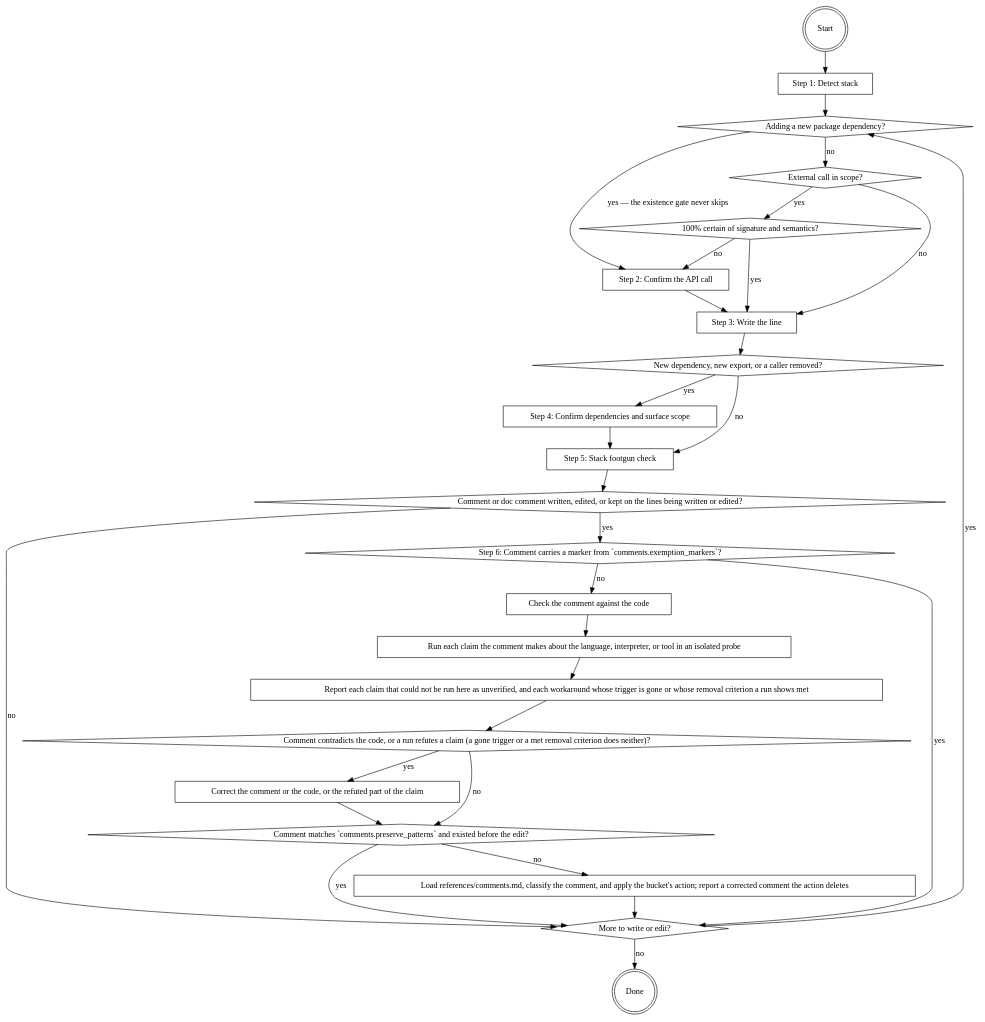
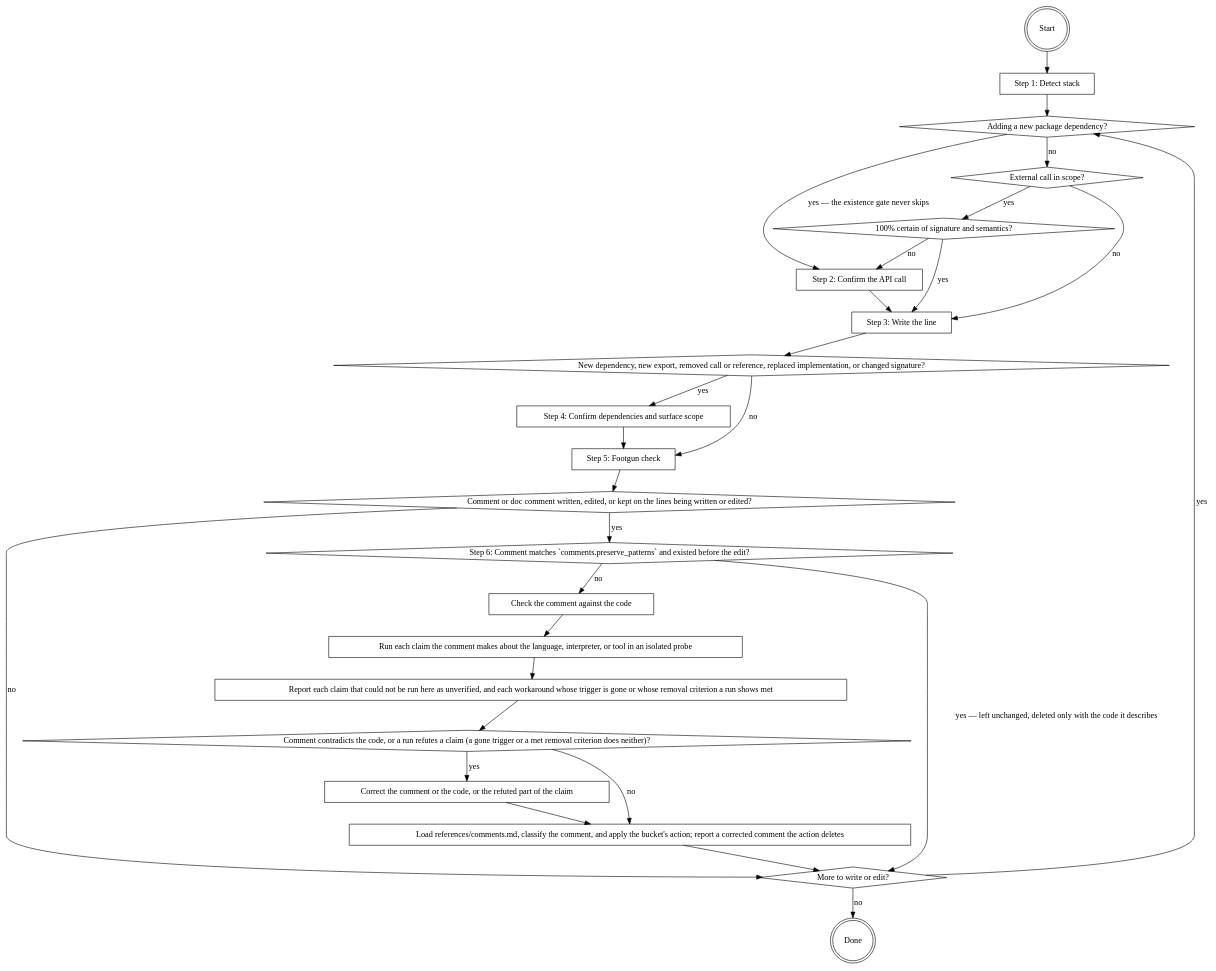
One commit to it-bens/ai-tools changed the diagram in plugins/software-writer/skills/writing-code/SKILL.md. Above: the diagram before and after it, drawn with Graphviz. The commit also changed other lines of this file and 42 other files, not shown here.

````diff
--- a/plugins/software-writer/skills/writing-code/SKILL.md
+++ b/plugins/software-writer/skills/writing-code/SKILL.md
@@ -20,54 +18,51 @@
 ```dot
 digraph writing_code {
     "Start" [shape=doublecircle];
     "Step 1: Detect stack" [shape=box];
     "Adding a new package dependency?" [shape=diamond];
     "External call in scope?" [shape=diamond];
     "100% certain of signature and semantics?" [shape=diamond];
     "Step 2: Confirm the API call" [shape=box];
     "Step 3: Write the line" [shape=box];
-    "New dependency, new export, or a caller removed?" [shape=diamond];
+    "New dependency, new export, removed call or reference, replaced implementation, or changed signature?" [shape=diamond];
     "Step 4: Confirm dependencies and surface scope" [shape=box];
-    "Step 5: Stack footgun check" [shape=box];
+    "Step 5: Footgun check" [shape=box];
     "Comment or doc comment written, edited, or kept on the lines being written or edited?" [shape=diamond];
-    "Step 6: Comment carries a marker from `comments.exemption_markers`?" [shape=diamond];
+    "Step 6: Comment matches `comments.preserve_patterns` and existed before the edit?" [shape=diamond];
     "Check the comment against the code" [shape=box];
     "Run each claim the comment makes about the language, interpreter, or tool in an isolated probe" [shape=box];
     "Report each claim that could not be run here as unverified, and each workaround whose trigger is gone or whose removal criterion a run shows met" [shape=box];
     "Comment contradicts the code, or a run refutes a claim (a gone trigger or a met removal criterion does neither)?" [shape=diamond];
     "Correct the comment or the code, or the refuted part of the claim" [shape=box];
-    "Comment matches `comments.preserve_patterns` and existed before the edit?" [shape=diamond];
     "Load references/comments.md, classify the comment, and apply the bucket's action; report a corrected comment the action deletes" [shape=box];
     "More to write or edit?" [shape=diamond];
     "Done" [shape=doublecircle];
 
     "Start" -> "Step 1: Detect stack" -> "Adding a new package dependency?";
     "Adding a new package dependency?" -> "Step 2: Confirm the API call" [label="yes — the existence gate never skips"];
     "Adding a new package dependency?" -> "External call in scope?" [label="no"];
     "External call in scope?" -> "100% certain of signature and semantics?" [label="yes"];
     "External call in scope?" -> "Step 3: Write the line" [label="no"];
     "100% certain of signature and semantics?" -> "Step 3: Write the line" [label="yes"];
     "100% certain of signature and semantics?" -> "Step 2: Confirm the API call" [label="no"];
     "Step 2: Confirm the API call" -> "Step 3: Write the line";
-    "Step 3: Write the line" -> "New dependency, new export, or a caller removed?";
-    "New dependency, new export, or a caller removed?" -> "Step 4: Confirm dependencies and surface scope" [label="yes"];
-    "New dependency, new export, or a caller removed?" -> "Step 5: Stack footgun check" [label="no"];
-    "Step 4: Confirm dependencies and surface scope" -> "Step 5: Stack footgun check";
-    "Step 5: Stack footgun check" -> "Comment or doc comment written, edited, or kept on the lines being written or edited?";
-    "Comment or doc comment written, edited, or kept on the lines being written or edited?" -> "Step 6: Comment carries a marker from `comments.exemption_markers`?" [label="yes"];
+    "Step 3: Write the line" -> "New dependency, new export, removed call or reference, replaced implementation, or changed signature?";
+    "New dependency, new export, removed call or reference, replaced implementation, or changed signature?" -> "Step 4: Confirm dependencies and surface scope" [label="yes"];
+    "New dependency, new export, removed call or reference, replaced implementation, or changed signature?" -> "Step 5: Footgun check" [label="no"];
+    "Step 4: Confirm dependencies and surface scope" -> "Step 5: Footgun check";
+    "Step 5: Footgun check" -> "Comment or doc comment written, edited, or kept on the lines being written or edited?";
+    "Comment or doc comment written, edited, or kept on the lines being written or edited?" -> "Step 6: Comment matches `comments.preserve_patterns` and existed before the edit?" [label="yes"];
     "Comment or doc comment written, edited, or kept on the lines being written or edited?" -> "More to write or edit?" [label="no"];
-    "Step 6: Comment carries a marker from `comments.exemption_markers`?" -> "More to write or edit?" [label="yes"];
-    "Step 6: Comment carries a marker from `comments.exemption_markers`?" -> "Check the comment against the code" [label="no"];
+    "Step 6: Comment matches `comments.preserve_patterns` and existed before the edit?" -> "More to write or edit?" [label="yes — left unchanged, deleted only with the code it describes"];
+    "Step 6: Comment matches `comments.preserve_patterns` and existed before the edit?" -> "Check the comment against the code" [label="no"];
     "Check the comment against the code" -> "Run each claim the comment makes about the language, interpreter, or tool in an isolated probe";
     "Run each claim the comment makes about the language, interpreter, or tool in an isolated probe" -> "Report each claim that could not be run here as unverified, and each workaround whose trigger is gone or whose removal criterion a run shows met";
     "Report each claim that could not be run here as unverified, and each workaround whose trigger is gone or whose removal criterion a run shows met" -> "Comment contradicts the code, or a run refutes a claim (a gone trigger or a met removal criterion does neither)?";
     "Comment contradicts the code, or a run refutes a claim (a gone trigger or a met removal criterion does neither)?" -> "Correct the comment or the code, or the refuted part of the claim" [label="yes"];
-    "Comment contradicts the code, or a run refutes a claim (a gone trigger or a met removal criterion does neither)?" -> "Comment matches `comments.preserve_patterns` and existed before the edit?" [label="no"];
-    "Correct the comment or the code, or the refuted part of the claim" -> "Comment matches `comments.preserve_patterns` and existed before the edit?";
-    "Comment matches `comments.preserve_patterns` and existed before the edit?" -> "More to write or edit?" [label="yes"];
-    "Comment matches `comments.preserve_patterns` and existed before the edit?" -> "Load references/comments.md, classify the comment, and apply the bucket's action; report a corrected comment the action deletes" [label="no"];
+    "Comment contradicts the code, or a run refutes a claim (a gone trigger or a met removal criterion does neither)?" -> "Load references/comments.md, classify the comment, and apply the bucket's action; report a corrected comment the action deletes" [label="no"];
+    "Correct the comment or the code, or the refuted part of the claim" -> "Load references/comments.md, classify the comment, and apply the bucket's action; report a corrected comment the action deletes";
     "Load references/comments.md, classify the comment, and apply the bucket's action; report a corrected comment the action deletes" -> "More to write or edit?";
     "More to write or edit?" -> "Adding a new package dependency?" [label="yes"];
     "More to write or edit?" -> "Done" [label="no"];
 }
 ```
````
